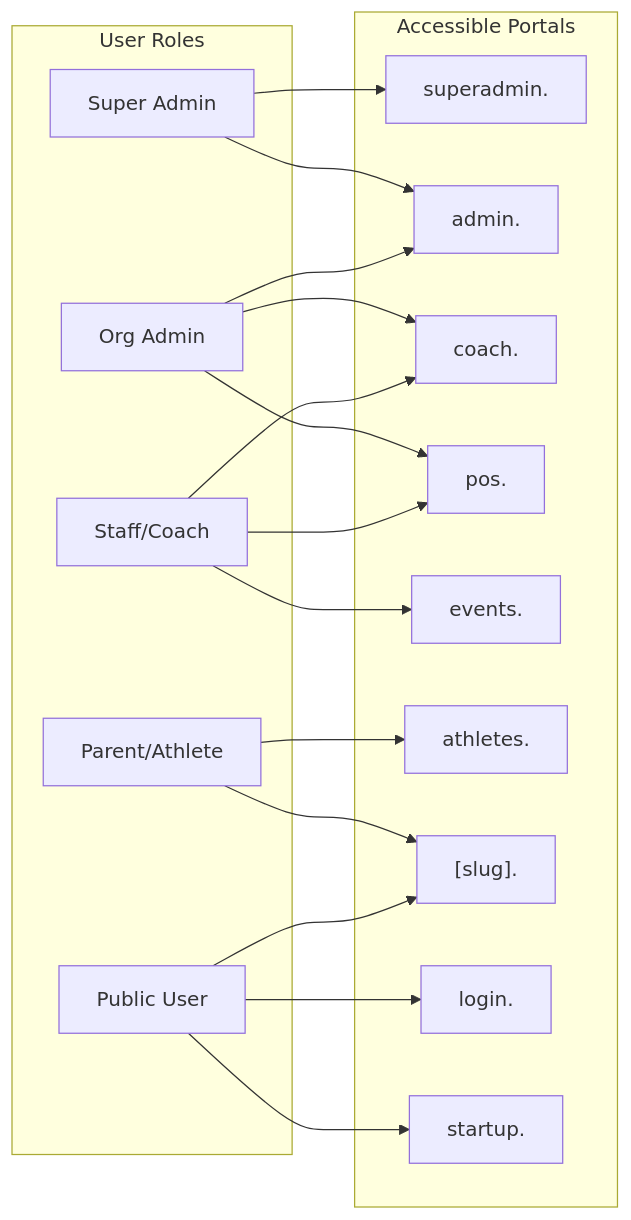
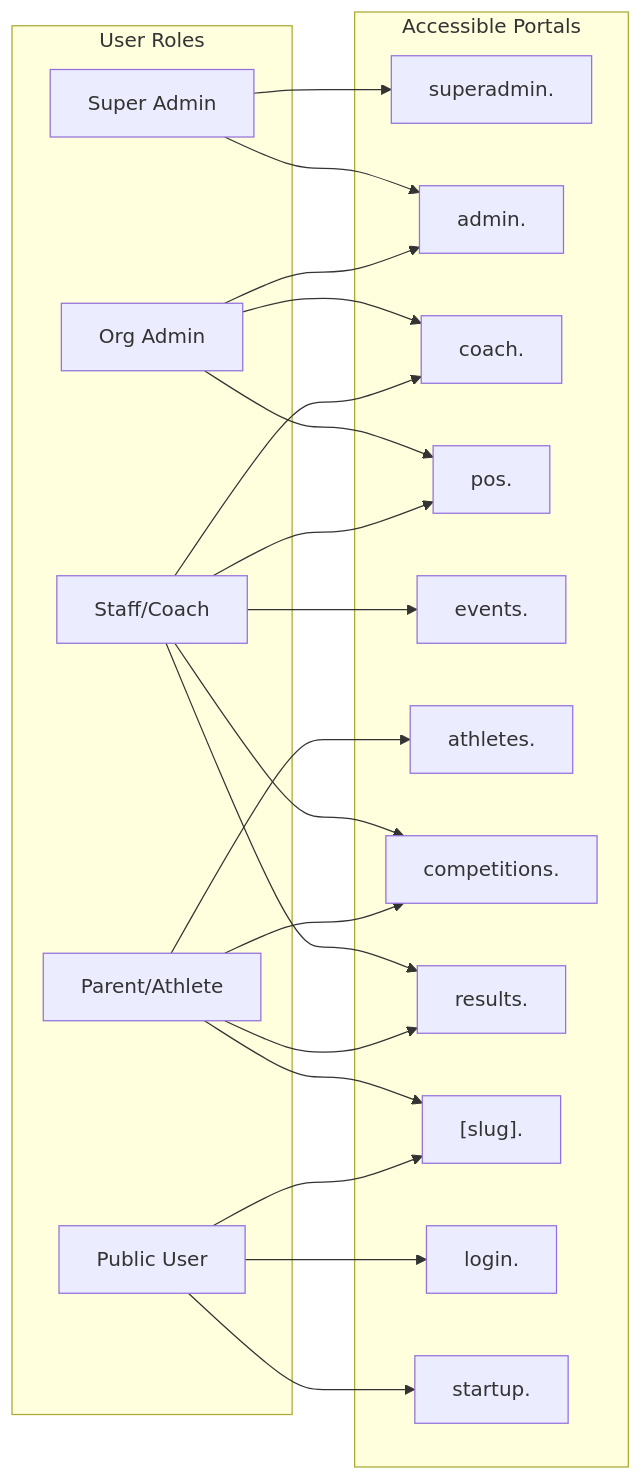
The second of 4 diagrams in docs/platform-architecture.md (nadilifter/twizzle), drawn with Mermaid before and after one commit. The commit also changed other lines of this file and 20 other files, not shown here.

````diff
--- a/docs/platform-architecture.md
+++ b/docs/platform-architecture.md
@@ -95,40 +99,46 @@
 ```mermaid
 flowchart LR
     subgraph Roles["User Roles"]
         SA[Super Admin]
         OA[Org Admin]
         ST[Staff/Coach]
         PA[Parent/Athlete]
         PU[Public User]
     end
 
     subgraph Portals["Accessible Portals"]
         superadmin["superadmin."]
         admin["admin."]
         coach["coach."]
         pos["pos."]
         events["events."]
         athletes["athletes."]
+        competitions["competitions."]
+        results["results."]
         sites["[slug]."]
         login["login."]
         startup["startup."]
     end
 
     SA --> superadmin
     SA --> admin
     
     OA --> admin
     OA --> pos
     OA --> coach
     
     ST --> coach
     ST --> pos
     ST --> events
+    ST --> competitions
+    ST --> results
     
     PA --> athletes
+    PA --> competitions
+    PA --> results
     PA --> sites
     
     PU --> sites
     PU --> login
     PU --> startup
 ```
````
